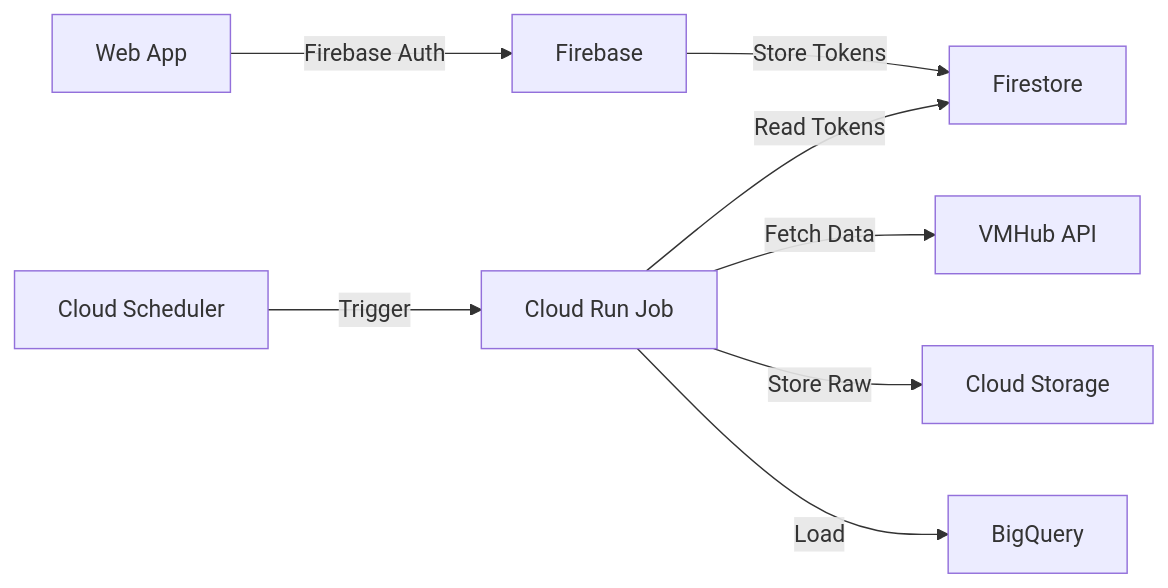
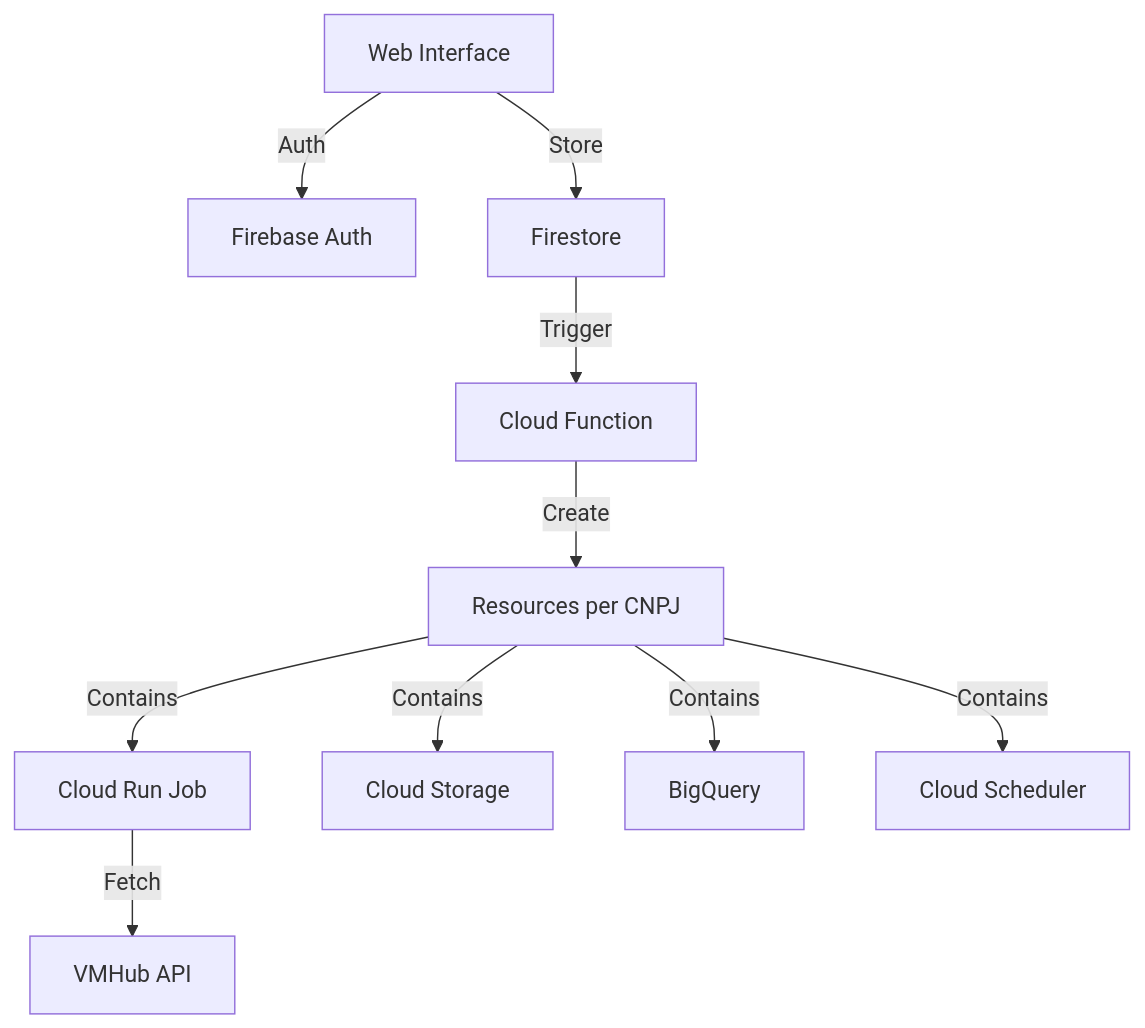
One commit to SEMANTC-AI/vmhub_iac changed the diagram in terraform/README.md. Above: the diagram before and after it, drawn with Mermaid. The commit also changed other lines of this file and 12 other files, not shown here.

````diff
--- a/terraform/README.md
+++ b/terraform/README.md
@@ -7,10 +7,12 @@
 ```mermaid
-graph LR
-    A[Web App] -->|Firebase Auth| B[Firebase]
-    B -->|Store Tokens| C[Firestore]
-    D[Cloud Scheduler] -->|Trigger| E[Cloud Run Job]
-    E -->|Read Tokens| C
-    E -->|Fetch Data| F[VMHub API]
-    E -->|Store Raw| G[Cloud Storage]
-    E -->|Load| H[BigQuery]
+graph TB
+    A[Web Interface] -->|Auth| B[Firebase Auth]
+    A -->|Store| C[Firestore]
+    C -->|Trigger| D[Cloud Function]
+    D -->|Create| E[Resources per CNPJ]
+    E -->|Contains| F[Cloud Run Job]
+    E -->|Contains| G[Cloud Storage]
+    E -->|Contains| H[BigQuery]
+    E -->|Contains| I[Cloud Scheduler]
+    F -->|Fetch| J[VMHub API]
 ```
````
